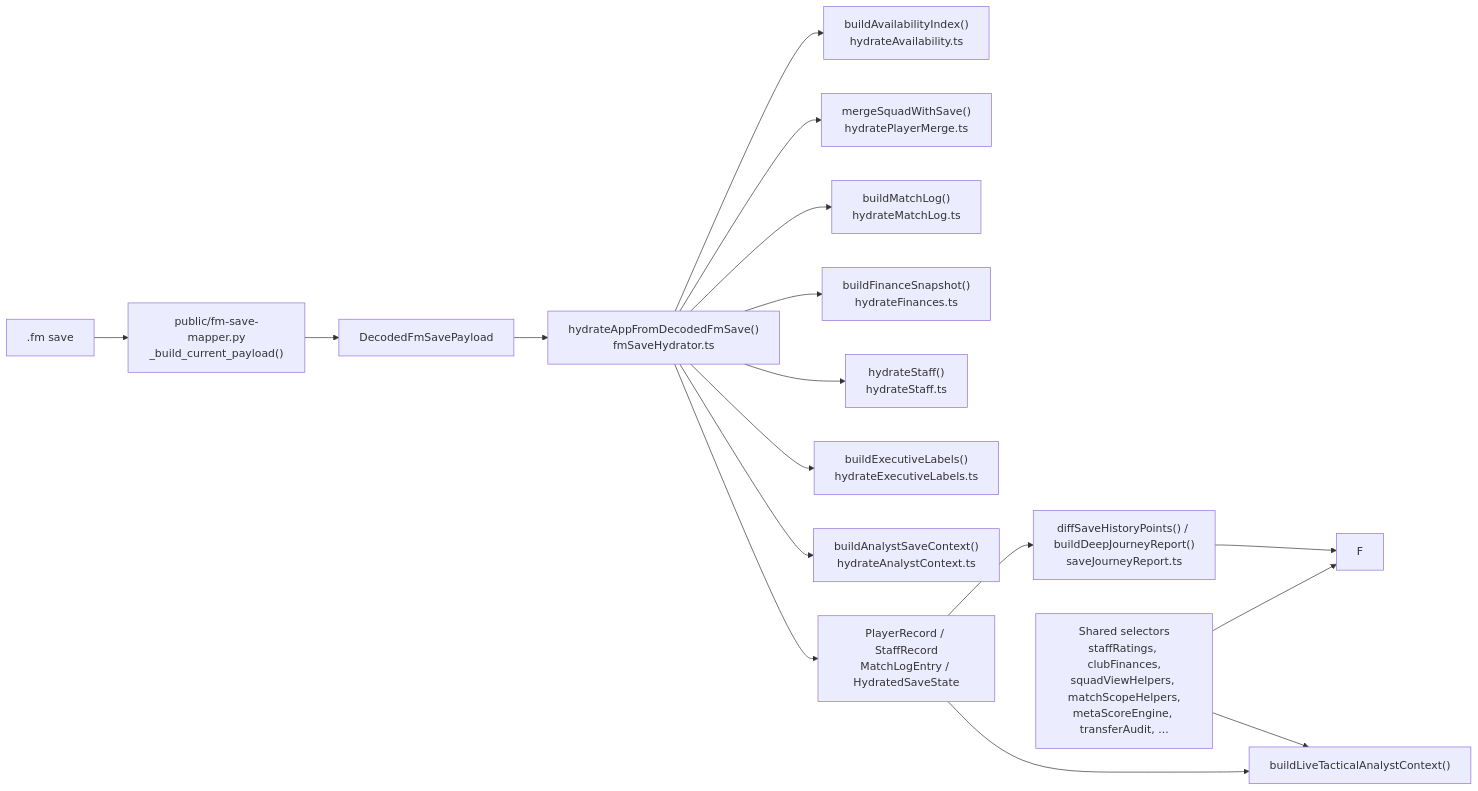
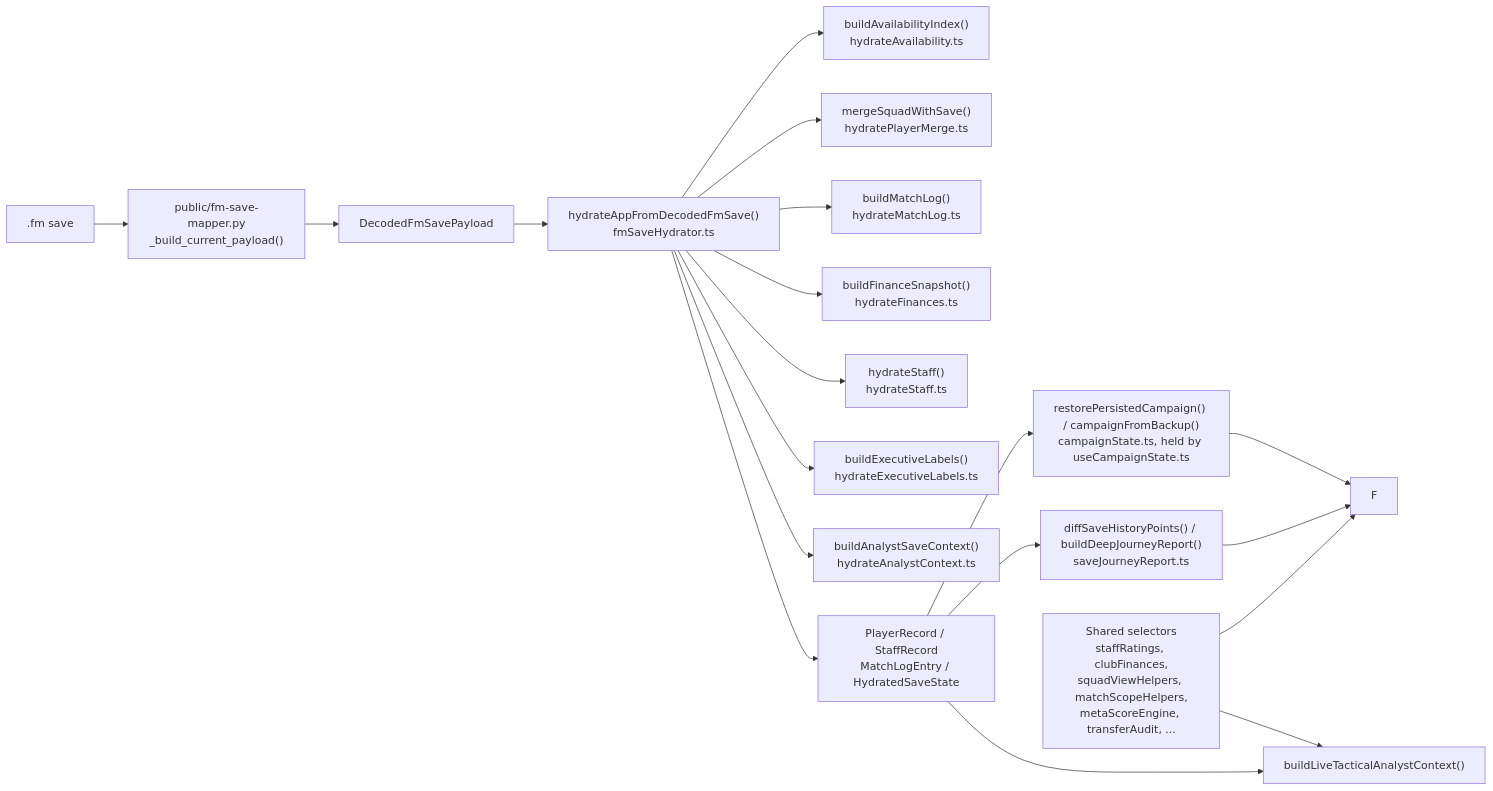
Before and after one commit to bd94fd/fm27-command-hub: the diagram in docs/data-parity-contract-map.md, drawn with Mermaid. The commit also changed other lines of this file and 7 other files, not shown here.

````diff
--- a/docs/data-parity-contract-map.md
+++ b/docs/data-parity-contract-map.md
@@ -11,19 +11,21 @@
 ```mermaid
 flowchart LR
   A[".fm save"] --> B["public/fm-save-mapper.py<br/>_build_current_payload()"]
   B --> C["DecodedFmSavePayload"]
   C --> D["hydrateAppFromDecodedFmSave()<br/>fmSaveHydrator.ts"]
   D --> D1["buildAvailabilityIndex()<br/>hydrateAvailability.ts"]
   D --> D0["mergeSquadWithSave()<br/>hydratePlayerMerge.ts"]
   D --> D3["buildMatchLog()<br/>hydrateMatchLog.ts"]
   D --> D4["buildFinanceSnapshot()<br/>hydrateFinances.ts"]
   D --> D5["hydrateStaff()<br/>hydrateStaff.ts"]
   D --> D6["buildExecutiveLabels()<br/>hydrateExecutiveLabels.ts"]
   D --> D2["buildAnalystSaveContext()<br/>hydrateAnalystContext.ts"]
   D --> E["PlayerRecord / StaffRecord<br/>MatchLogEntry / HydratedSaveState"]
+  E --> K["restorePersistedCampaign() / campaignFromBackup()<br/>campaignState.ts, held by useCampaignState.ts"]
+  K --> F
   E --> J["diffSaveHistoryPoints() / buildDeepJourneyReport()<br/>saveJourneyReport.ts"]
   J --> F
   E --> G["buildLiveTacticalAnalystContext()"]
   H["Shared selectors<br/>staffRatings, clubFinances,<br/>squadViewHelpers, matchScopeHelpers,<br/>metaScoreEngine, transferAudit, ..."] --> F
   H --> G
 ```
````
